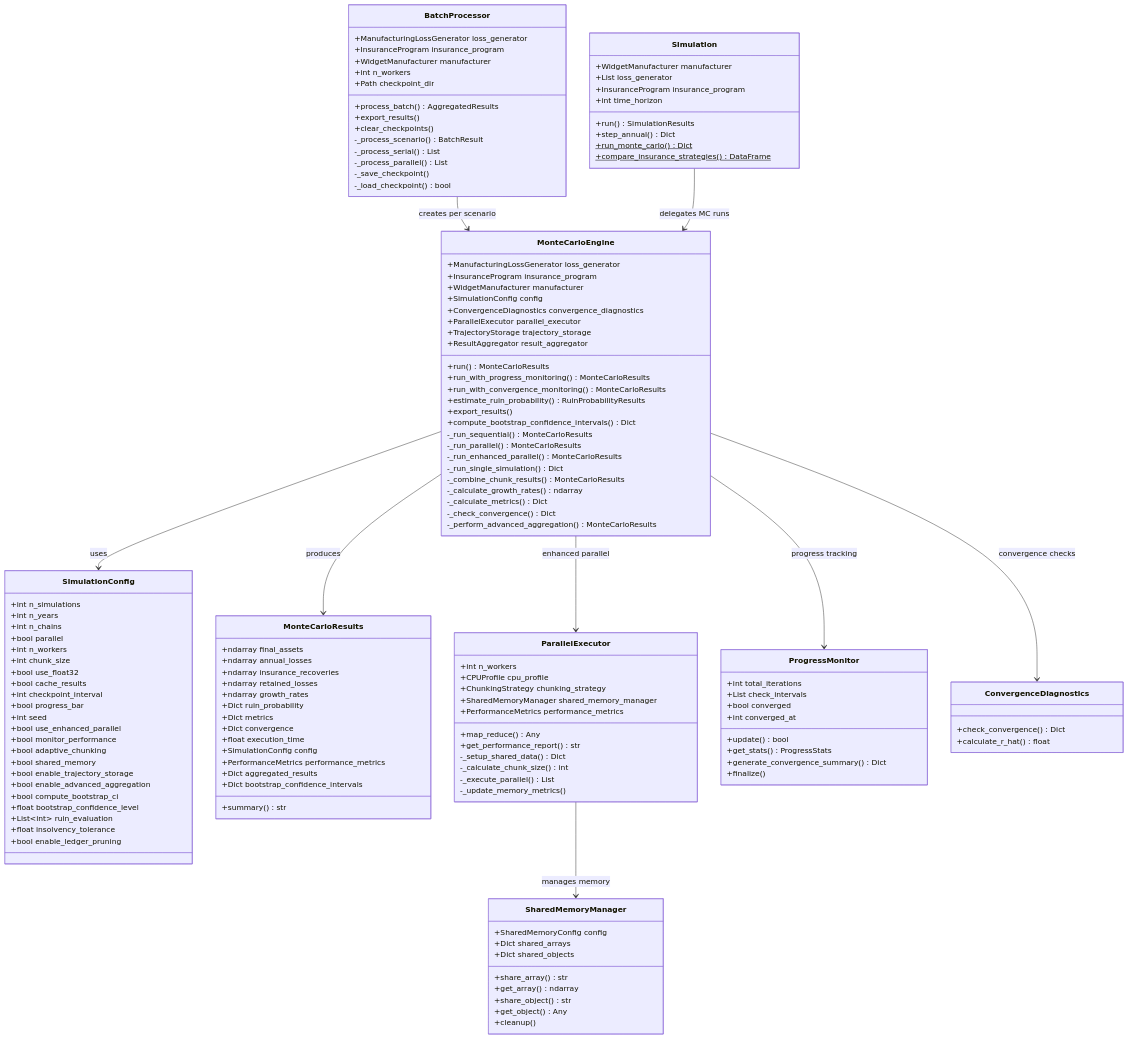
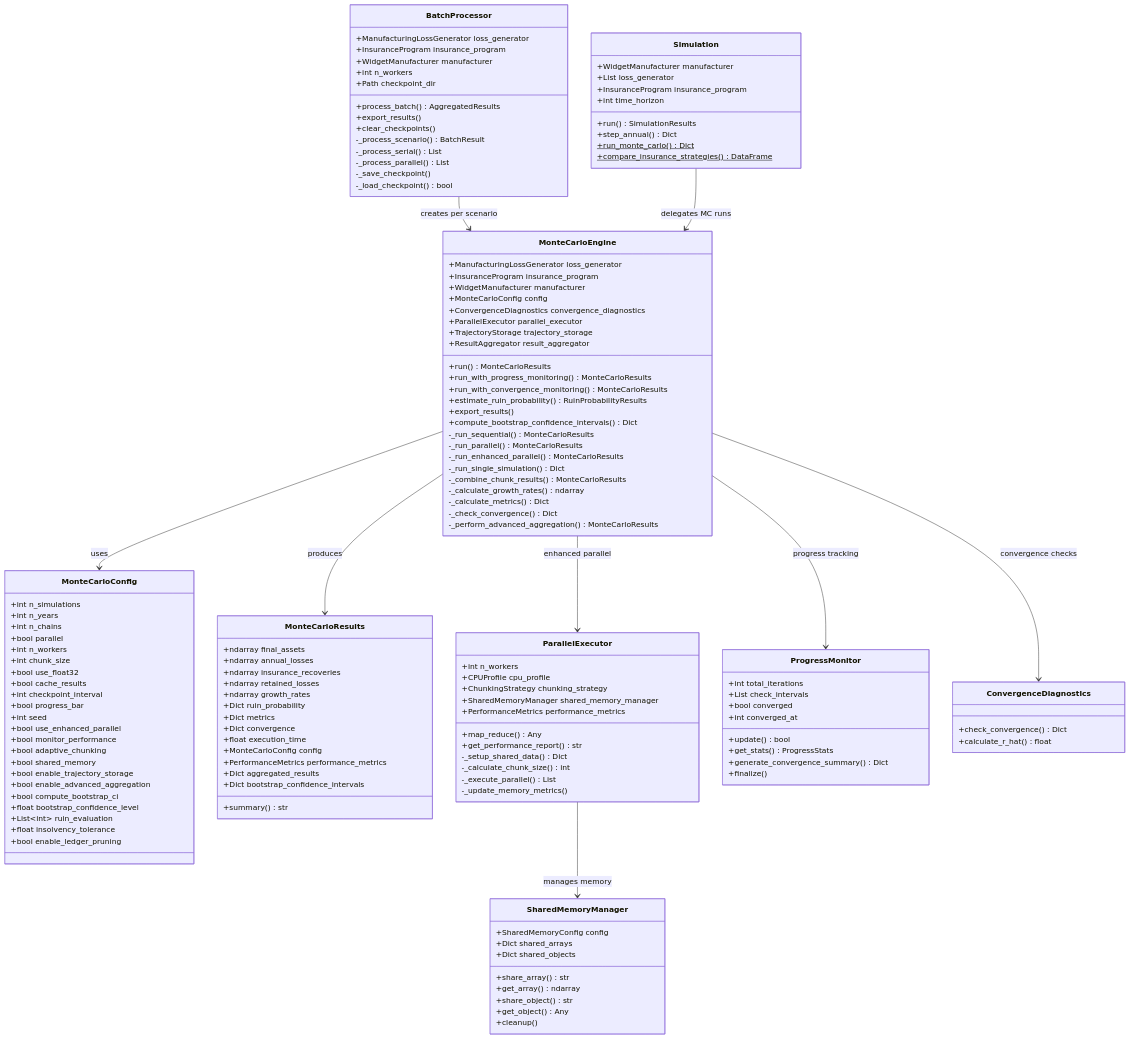
One commit to AlexFiliakov/Ergodic-Insurance-Limits changed the third of 8 diagrams in ergodic_insurance/docs/architecture/monte_carlo_architecture.md. Above: the diagram before and after it, drawn with Mermaid. The commit also changed other lines of this file and 295 other files, not shown here.

````diff
--- a/ergodic_insurance/docs/architecture/monte_carlo_architecture.md
+++ b/ergodic_insurance/docs/architecture/monte_carlo_architecture.md
@@ -164,6 +164,6 @@
 ```{mermaid}
 classDiagram
-    class SimulationConfig {
+    class MonteCarloConfig {
         +int n_simulations
         +int n_years
         +int n_chains
@@ -198,7 +198,7 @@
         +Dict metrics
         +Dict convergence
         +float execution_time
-        +SimulationConfig config
+        +MonteCarloConfig config
         +PerformanceMetrics performance_metrics
         +Dict aggregated_results
         +Dict bootstrap_confidence_intervals
@@ -209,7 +209,7 @@
         +ManufacturingLossGenerator loss_generator
         +InsuranceProgram insurance_program
         +WidgetManufacturer manufacturer
-        +SimulationConfig config
+        +MonteCarloConfig config
         +ConvergenceDiagnostics convergence_diagnostics
         +ParallelExecutor parallel_executor
         +TrajectoryStorage trajectory_storage
@@ -299,7 +299,7 @@
         +calculate_r_hat() float
     }
 
-    MonteCarloEngine --> SimulationConfig : uses
+    MonteCarloEngine --> MonteCarloConfig : uses
     MonteCarloEngine --> MonteCarloResults : produces
     MonteCarloEngine --> ParallelExecutor : enhanced parallel
     MonteCarloEngine --> ConvergenceDiagnostics : convergence checks
````
